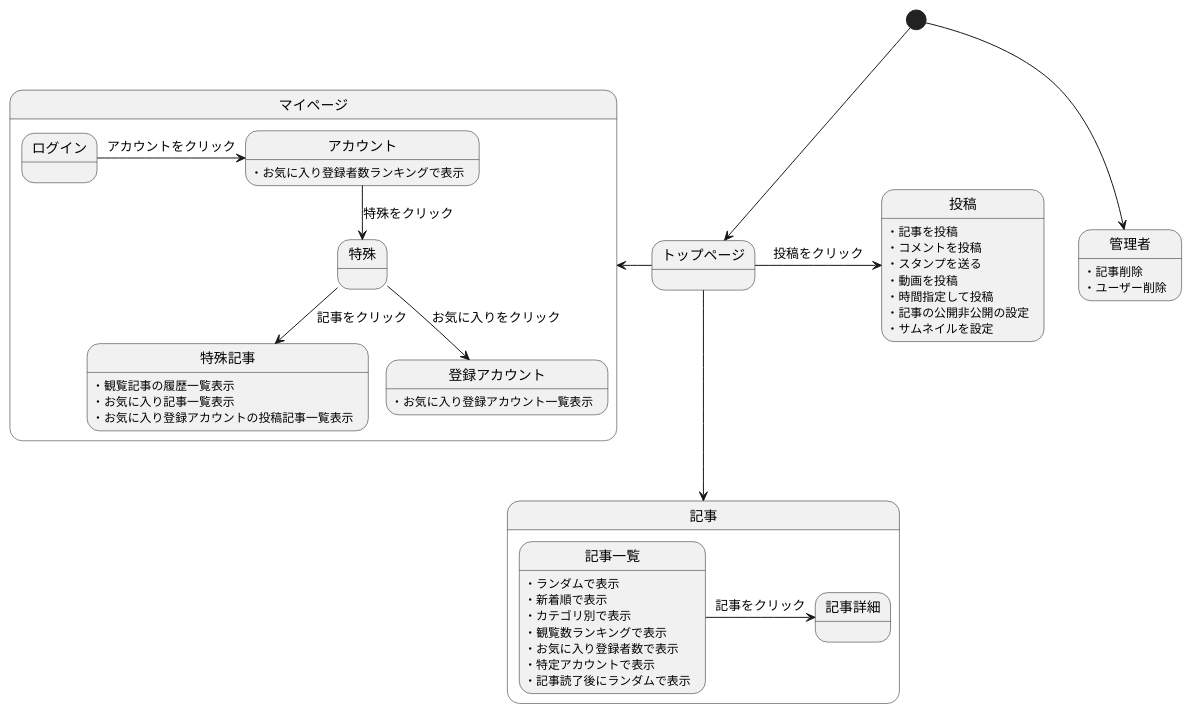
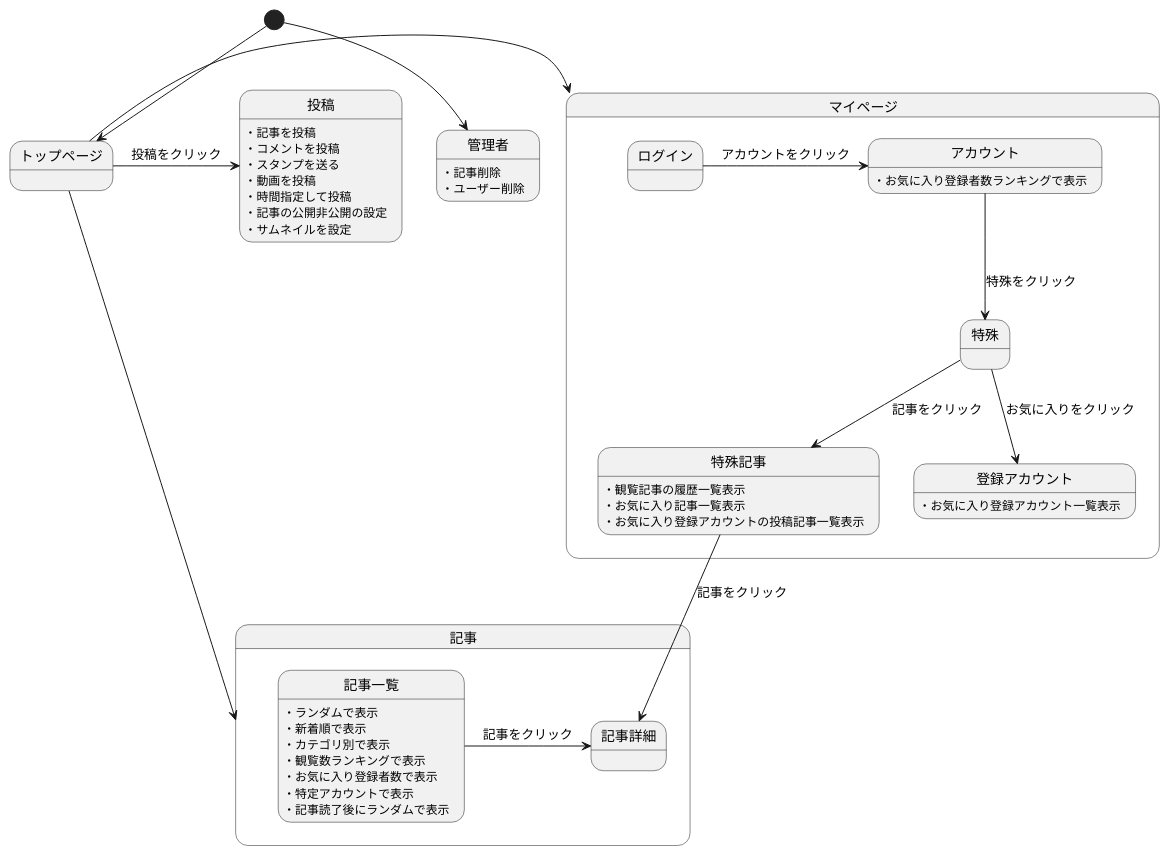
The diagram in 後期画面遷移.md (Aso2001001/2022System), drawn with PlantUML before and after one commit.

````diff
--- a/後期画面遷移.md
+++ b/後期画面遷移.md
@@ -1,54 +1,55 @@
 ```uml
 @startuml
 [*] --> トップページ
 
 state 記事{
 記事一覧 -> 記事詳細 : 記事をクリック
 
 
 記事一覧:・ランダムで表示
 記事一覧:・新着順で表示
 記事一覧:・カテゴリ別で表示
 記事一覧:・観覧数ランキングで表示
 記事一覧:・お気に入り登録者数で表示
 記事一覧:・特定アカウントで表示
 記事一覧:・記事読了後にランダムで表示
 
 }
 
 state マイページ{
 ログイン -> アカウント : アカウントをクリック
 アカウント -down-> 特殊 : 特殊をクリック
 特殊 -down-> 特殊記事 :記事をクリック
 特殊 -down-> 登録アカウント :お気に入りをクリック
+特殊記事 -down-> 記事詳細 :記事をクリック
 
 アカウント:・お気に入り登録者数ランキングで表示
 
 特殊記事:・観覧記事の履歴一覧表示
 特殊記事:・お気に入り記事一覧表示
 登録アカウント:・お気に入り登録アカウント一覧表示
 特殊記事:・お気に入り登録アカウントの投稿記事一覧表示
 
 }
 
 
 トップページ -down-> 記事
 トップページ -left-> マイページ
 トップページ -> 投稿 : 投稿をクリック
 投稿:・記事を投稿
 投稿:・コメントを投稿
 投稿:・スタンプを送る
 投稿:・動画を投稿
 投稿:・時間指定して投稿
 投稿:・記事の公開非公開の設定
 投稿:・サムネイルを設定
 
 
 
 [*] --> 管理者
 管理者:・記事削除
 管理者:・ユーザー削除
 
 
 @enduml
 ```
````
